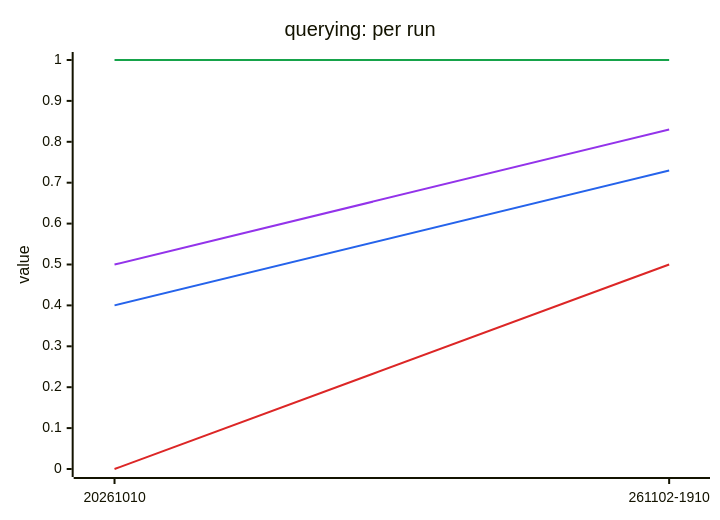
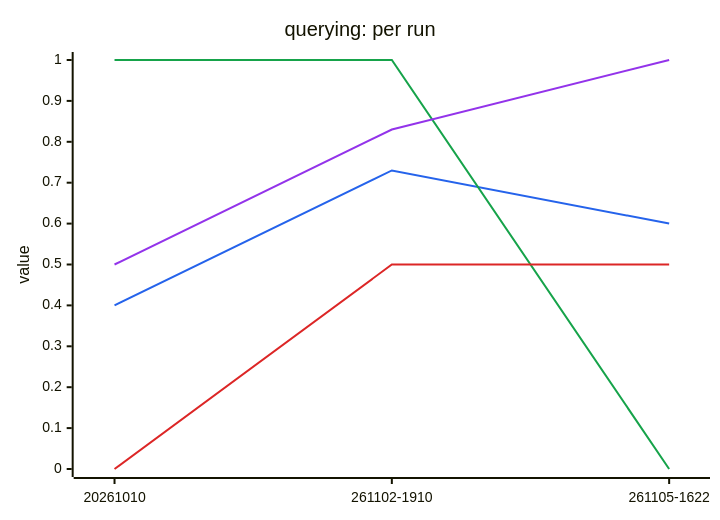
The first of 2 diagrams in lib/tests/benchmarks/querying/results/README.md (megagonlabs/blue-data-user-source), drawn with Mermaid before and after one commit. The commit also changed other lines of this file and 5 other files, not shown here.

````diff
--- a/lib/tests/benchmarks/querying/results/README.md
+++ b/lib/tests/benchmarks/querying/results/README.md
@@ -31,11 +31,11 @@
 ```mermaid
 %%{init: {"themeVariables": {"xyChart": {"plotColorPalette": "#2563eb, #16a34a, #dc2626, #9333ea"}}}}%%
 xychart-beta
     title "querying: per run"
-    x-axis ["20261010", "261102-1910"]
+    x-axis ["20261010", "261102-1910", "261105-1622"]
     y-axis "value" 0 --> 1
-    line [0.40, 0.73]
-    line [1.00, 1.00]
-    line [0.00, 0.50]
-    line [0.50, 0.83]
+    line [0.40, 0.73, 0.60]
+    line [1.00, 1.00, 0.00]
+    line [0.00, 0.50, 0.50]
+    line [0.50, 0.83, 1.00]
 ```
````
